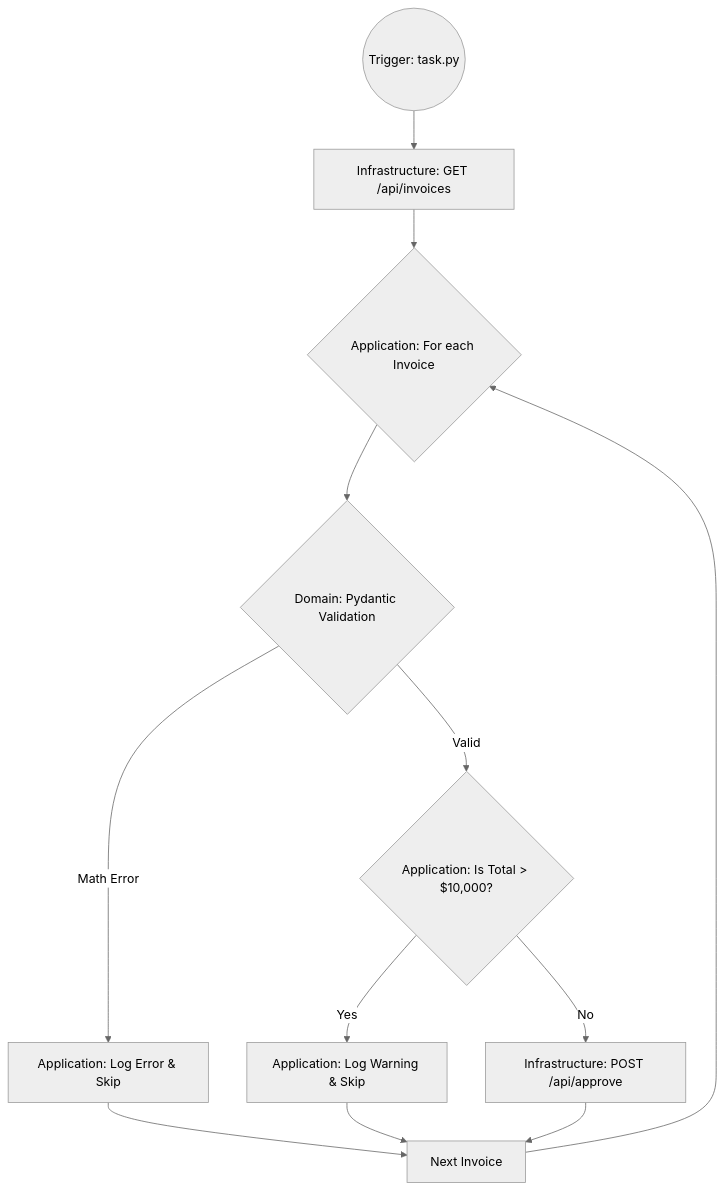
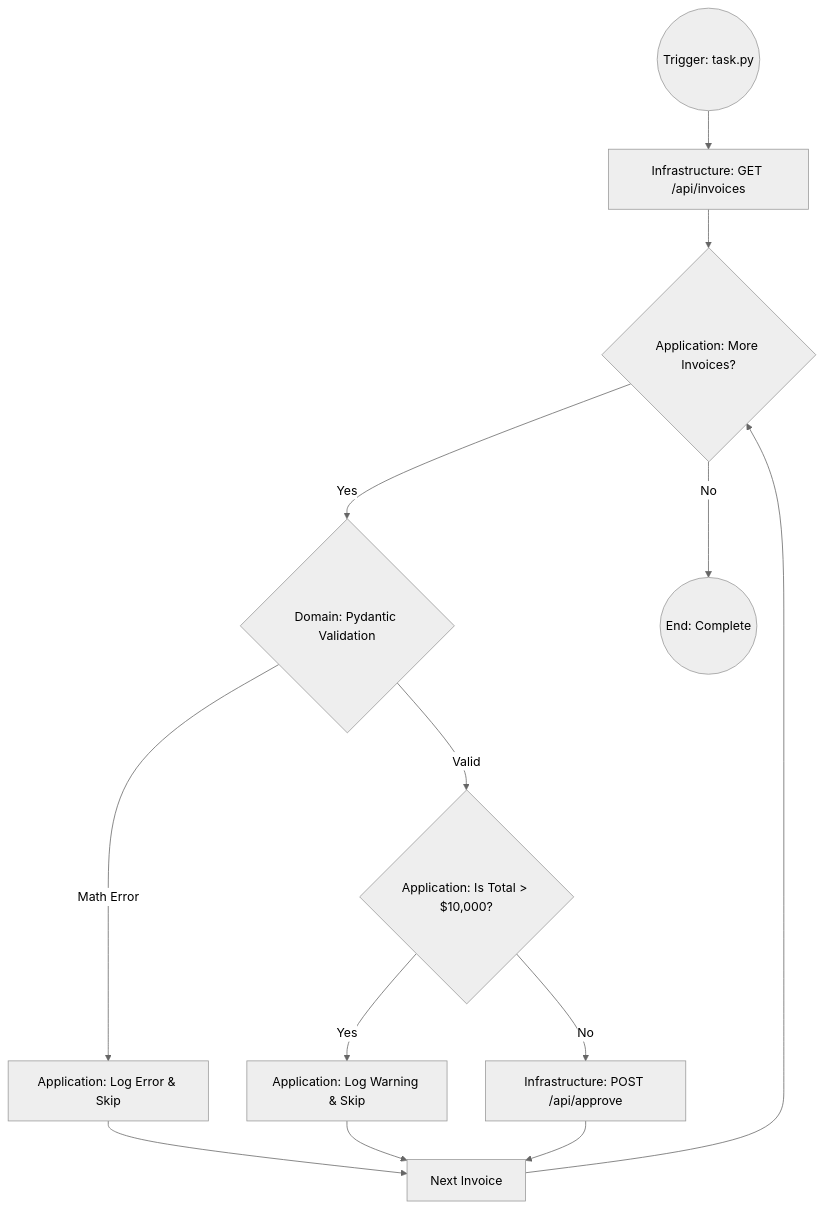
One commit to 21010/ae-workshop-invoice-processing changed the diagram in README.md. Above: the diagram before and after it, drawn with Mermaid (neutral theme).

Commit message:
chore: auto-sync project sandbox from private main repo

````diff
--- a/README.md
+++ b/README.md
@@ -92,14 +92,15 @@
    ```mermaid
    flowchart TD
        Start((Trigger: task.py)) --> Fetch[Infrastructure: GET /api/invoices]
-       Fetch --> Loop{Application: For each Invoice}
-       Loop --> Validate{Domain: Pydantic Validation}
+       Fetch --> Loop{Application: More Invoices?}
+       Loop -- Yes --> Validate{Domain: Pydantic Validation}
+       Loop -- No --> End((End: Complete))
        Validate -- Math Error --> Reject[Application: Log Error & Skip]
        Validate -- Valid --> CheckAmount{Application: Is Total > $10,000?}
        CheckAmount -- Yes --> Manual[Application: Log Warning & Skip]
        CheckAmount -- No --> Approve[Infrastructure: POST /api/approve]
        Reject --> Next[Next Invoice]
        Manual --> Next
        Approve --> Next
        Next --> Loop
    ```
````
